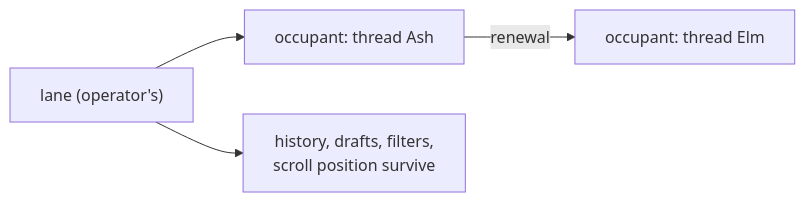
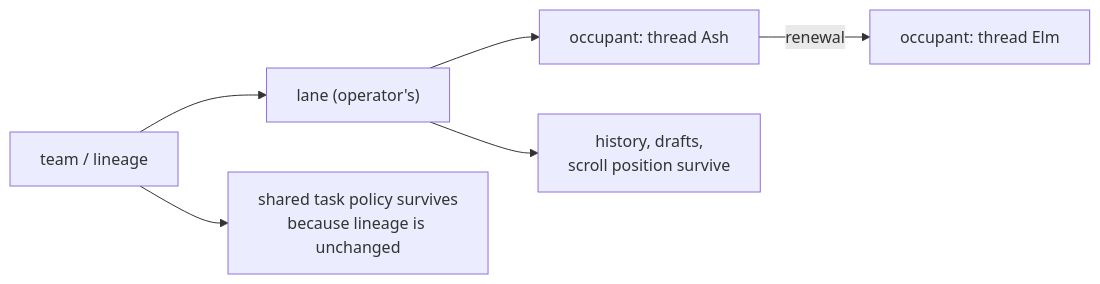
Before and after one commit to infimalabs/spice-rust: diagram 11 of 25 in docs/product/value.md, drawn with Mermaid. The commit also changed other lines of this file and 71 other files, not shown here.

````diff
--- a/docs/product/value.md
+++ b/docs/product/value.md
@@ -205,6 +237,8 @@
 ```mermaid
 flowchart LR
+  T["team / lineage"] --> L
   L["lane (operator's)"] --> CurrentOccupant["occupant: thread Ash"]
   CurrentOccupant -- renewal --> Successor["occupant: thread Elm"]
-  L --> H["history, drafts, filters,<br/>scroll position survive"]
+  L --> H["history, drafts,<br/>scroll position survive"]
+  T --> P["shared task policy survives<br/>because lineage is unchanged"]
 ```
````
